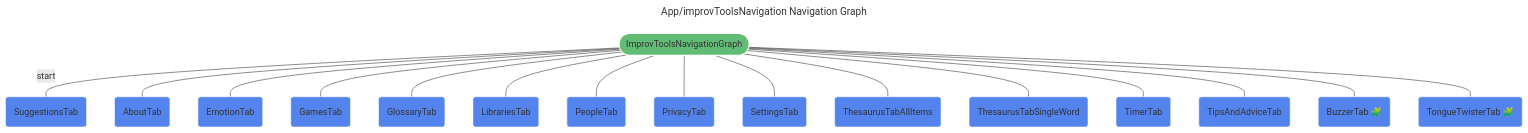
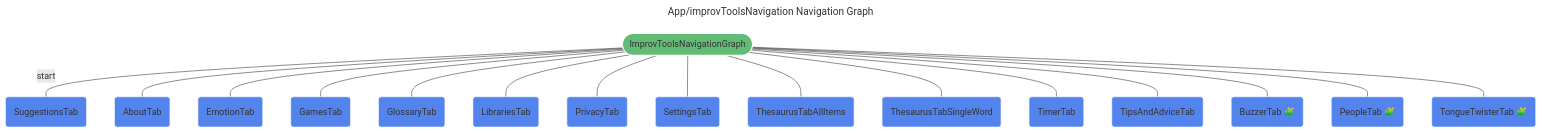
One commit to brokenkernel/improvtools changed the diagram in docs/static/ImprovToolsNavigationNavGraph.mmd. Above: the diagram before and after it, drawn with Mermaid. The commit also changed 13 other files, not shown here.

Commit message:
[encyclopaedia] move PeopleTab to encyclopaedia module

```diff
--- a/docs/static/ImprovToolsNavigationNavGraph.mmd
+++ b/docs/static/ImprovToolsNavigationNavGraph.mmd
@@ -1,26 +1,26 @@
 ---
 title: App/improvToolsNavigation Navigation Graph
 ---
 %%{init: {'theme':'base', 'themeVariables': { 'primaryTextColor': '#fff' }}%%
 graph TD
 app/improv_tools_navigation(["ImprovToolsNavigationGraph"]) -- "start" --- app/suggestions_tab("SuggestionsTab")
 app/improv_tools_navigation(["ImprovToolsNavigationGraph"]) --- app/about_tab("AboutTab")
 app/improv_tools_navigation(["ImprovToolsNavigationGraph"]) --- app/emotion_tab("EmotionTab")
 app/improv_tools_navigation(["ImprovToolsNavigationGraph"]) --- app/games_tab("GamesTab")
 app/improv_tools_navigation(["ImprovToolsNavigationGraph"]) --- app/glossary_tab("GlossaryTab")
 app/improv_tools_navigation(["ImprovToolsNavigationGraph"]) --- app/libraries_tab("LibrariesTab")
-app/improv_tools_navigation(["ImprovToolsNavigationGraph"]) --- app/people_tab("PeopleTab")
 app/improv_tools_navigation(["ImprovToolsNavigationGraph"]) --- app/privacy_tab("PrivacyTab")
 app/improv_tools_navigation(["ImprovToolsNavigationGraph"]) --- app/settings_tab("SettingsTab")
 app/improv_tools_navigation(["ImprovToolsNavigationGraph"]) --- app/thesaurus_tab_all_items("ThesaurusTabAllItems")
 app/improv_tools_navigation(["ImprovToolsNavigationGraph"]) --- app/thesaurus_tab_single_word("ThesaurusTabSingleWord")
 app/improv_tools_navigation(["ImprovToolsNavigationGraph"]) --- app/timer_tab("TimerTab")
 app/improv_tools_navigation(["ImprovToolsNavigationGraph"]) --- app/tips_and_advice_tab("TipsAndAdviceTab")
 app/improv_tools_navigation(["ImprovToolsNavigationGraph"]) --- buzzer_tab_destination("BuzzerTab 🧩")
+app/improv_tools_navigation(["ImprovToolsNavigationGraph"]) --- people_tab_destination("PeopleTab 🧩")
 app/improv_tools_navigation(["ImprovToolsNavigationGraph"]) --- tongue_twister_tab_destination("TongueTwisterTab 🧩")
 
 
 classDef destination fill:#5383EC,stroke:#ffffff;
-class app/about_tab,app/emotion_tab,app/games_tab,app/glossary_tab,app/libraries_tab,app/people_tab,app/privacy_tab,app/settings_tab,app/suggestions_tab,app/thesaurus_tab_all_items,app/thesaurus_tab_single_word,app/timer_tab,app/tips_and_advice_tab,buzzer_tab_destination,tongue_twister_tab_destination destination;
+class app/about_tab,app/emotion_tab,app/games_tab,app/glossary_tab,app/libraries_tab,app/privacy_tab,app/settings_tab,app/suggestions_tab,app/thesaurus_tab_all_items,app/thesaurus_tab_single_word,app/timer_tab,app/tips_and_advice_tab,buzzer_tab_destination,people_tab_destination,tongue_twister_tab_destination destination;
 classDef navgraph fill:#63BC76,stroke:#ffffff;
 class app/improv_tools_navigation navgraph;
```
